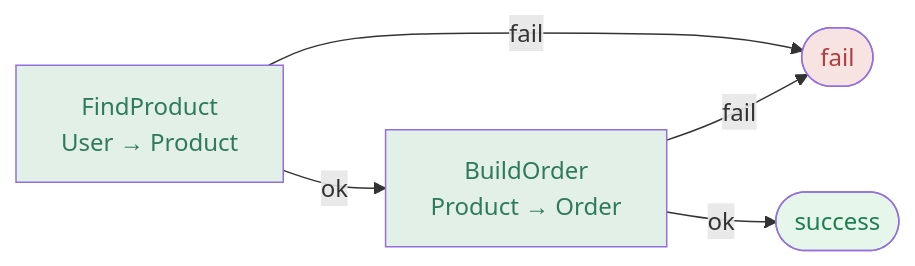
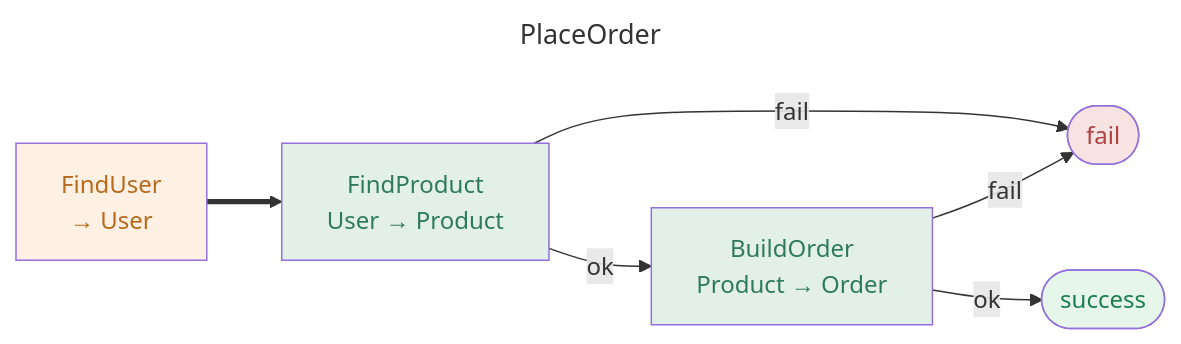
One commit to reslava/nuget-package-reslava-result changed the seventh of 10 diagrams in mkdocs/demo/flow-catalog.md. Above: the diagram before and after it, drawn with Mermaid. The commit also changed other lines of this file and 22 other files, not shown here.

First line of the commit message:
feat: v1.47.1 — Diagram title, root entry node, code action fixes

````diff
--- a/mkdocs/demo/flow-catalog.md
+++ b/mkdocs/demo/flow-catalog.md
@@ -214,18 +226,23 @@
 ```mermaid
+---
+title: PlaceOrder
+---
 flowchart LR
+    ENTRY_ROOT["FindUser<br/>→ User"]:::operation ==> N0_FindProduct
     N0_FindProduct["FindProduct<br/>User → Product"]:::transform
     N0_FindProduct -->|ok| N1_BuildOrder
     N0_FindProduct -->|fail| FAIL
     N1_BuildOrder["BuildOrder<br/>Product → Order"]:::transform
     N1_BuildOrder -->|fail| FAIL
     N1_BuildOrder -->|ok| SUCCESS
     SUCCESS([success]):::success
     FAIL([fail])
     FAIL:::failure
+    classDef operation fill:#fef0e3,color:#b86a1c
     classDef transform fill:#e3f0e8,color:#2f7a5c
     classDef success fill:#e6f6ea,color:#1c7e4f
     classDef failure fill:#f8e3e3,color:#b13e3e
 %% --- Node correlation (ReasonMetadata.NodeId / PipelineStep) ---
 %%   N0_FindProduct → FindProduct
 %%   N1_BuildOrder → BuildOrder
 ```
````
